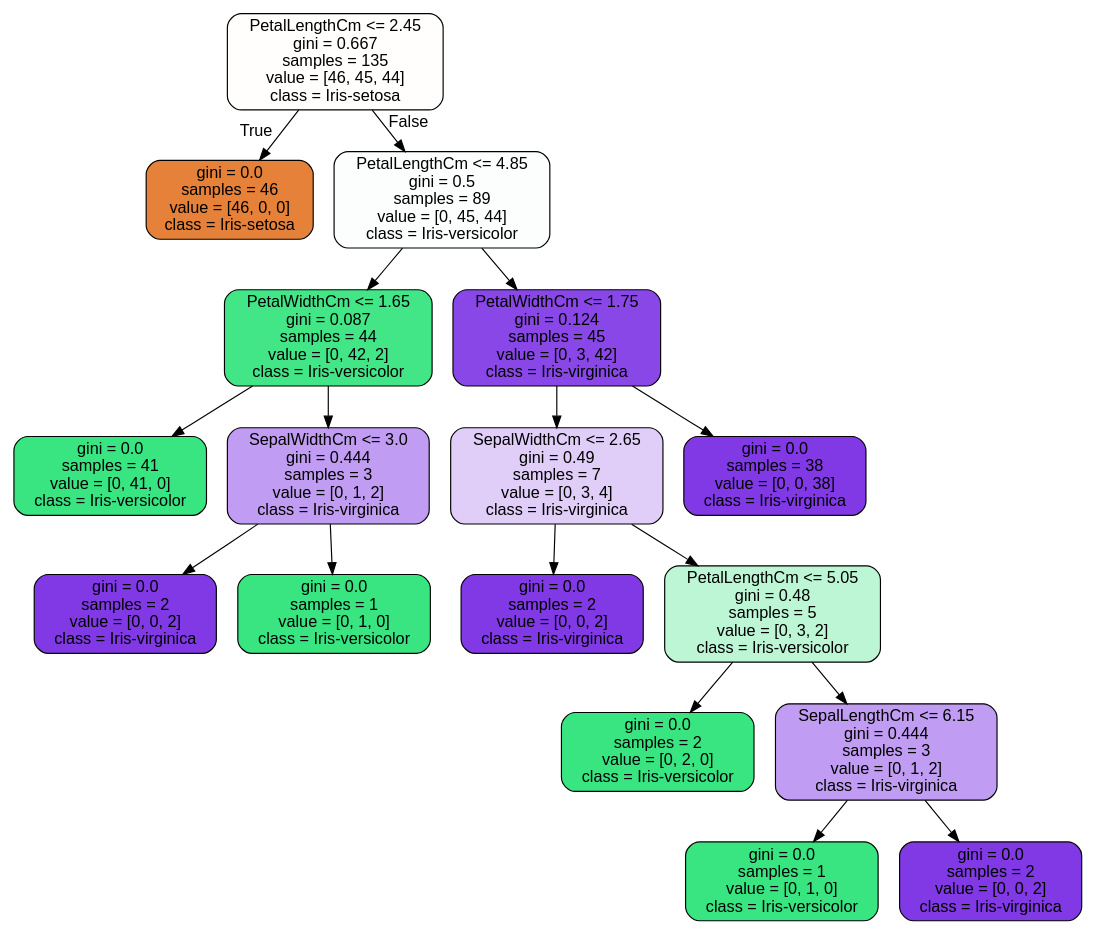
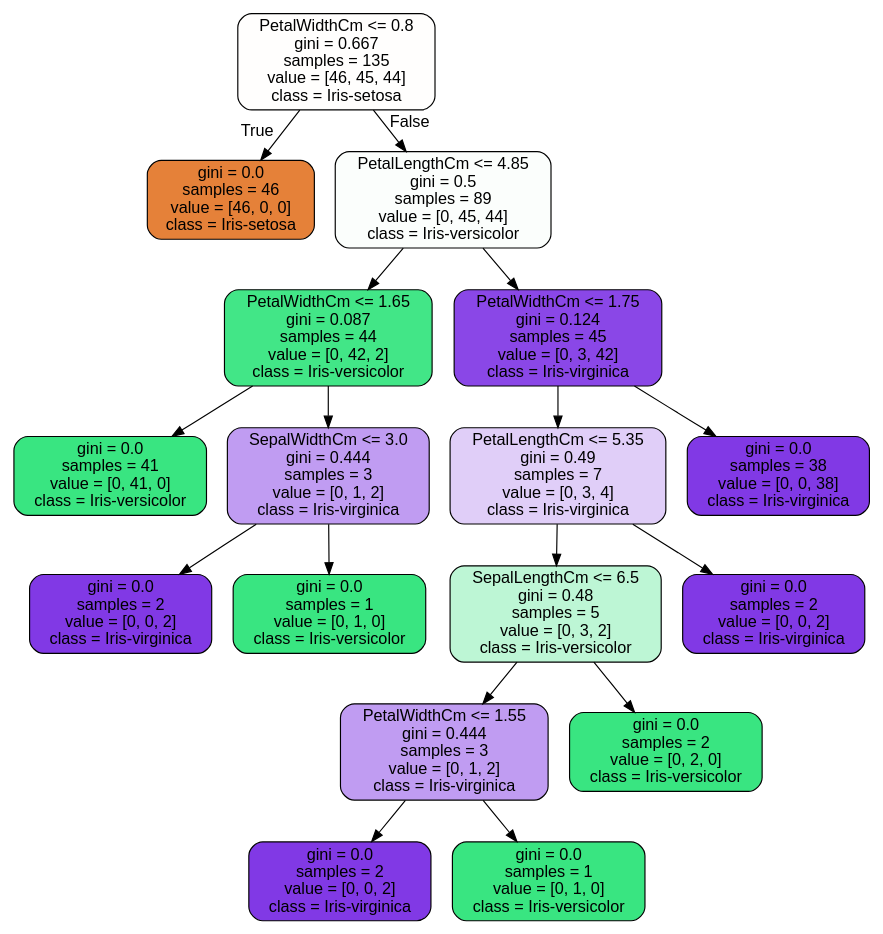
Before and after one commit to sakarimov/myblog: the diagram in mybook/World of Data/machine learning/cache/iristree.dot, drawn with Graphviz. The commit also changed 1 other file, not shown here.

```diff
--- a/mybook/World of Data/machine learning/cache/iristree.dot
+++ b/mybook/World of Data/machine learning/cache/iristree.dot
@@ -1,37 +1,37 @@
 digraph Tree {
 node [shape=box, style="filled, rounded", color="black", fontname="helvetica"] ;
 edge [fontname="helvetica"] ;
-0 [label="PetalLengthCm <= 2.45\ngini = 0.667\nsamples = 135\nvalue = [46, 45, 44]\nclass = Iris-setosa", fillcolor="#fffefd"] ;
+0 [label="PetalWidthCm <= 0.8\ngini = 0.667\nsamples = 135\nvalue = [46, 45, 44]\nclass = Iris-setosa", fillcolor="#fffefd"] ;
 1 [label="gini = 0.0\nsamples = 46\nvalue = [46, 0, 0]\nclass = Iris-setosa", fillcolor="#e58139"] ;
 0 -> 1 [labeldistance=2.5, labelangle=45, headlabel="True"] ;
 2 [label="PetalLengthCm <= 4.85\ngini = 0.5\nsamples = 89\nvalue = [0, 45, 44]\nclass = Iris-versicolor", fillcolor="#fbfefc"] ;
 0 -> 2 [labeldistance=2.5, labelangle=-45, headlabel="False"] ;
 3 [label="PetalWidthCm <= 1.65\ngini = 0.087\nsamples = 44\nvalue = [0, 42, 2]\nclass = Iris-versicolor", fillcolor="#42e687"] ;
 2 -> 3 ;
 4 [label="gini = 0.0\nsamples = 41\nvalue = [0, 41, 0]\nclass = Iris-versicolor", fillcolor="#39e581"] ;
 3 -> 4 ;
 5 [label="SepalWidthCm <= 3.0\ngini = 0.444\nsamples = 3\nvalue = [0, 1, 2]\nclass = Iris-virginica", fillcolor="#c09cf2"] ;
 3 -> 5 ;
 6 [label="gini = 0.0\nsamples = 2\nvalue = [0, 0, 2]\nclass = Iris-virginica", fillcolor="#8139e5"] ;
 5 -> 6 ;
 7 [label="gini = 0.0\nsamples = 1\nvalue = [0, 1, 0]\nclass = Iris-versicolor", fillcolor="#39e581"] ;
 5 -> 7 ;
 8 [label="PetalWidthCm <= 1.75\ngini = 0.124\nsamples = 45\nvalue = [0, 3, 42]\nclass = Iris-virginica", fillcolor="#8a47e7"] ;
 2 -> 8 ;
-9 [label="SepalWidthCm <= 2.65\ngini = 0.49\nsamples = 7\nvalue = [0, 3, 4]\nclass = Iris-virginica", fillcolor="#e0cef8"] ;
+9 [label="PetalLengthCm <= 5.35\ngini = 0.49\nsamples = 7\nvalue = [0, 3, 4]\nclass = Iris-virginica", fillcolor="#e0cef8"] ;
 8 -> 9 ;
-10 [label="gini = 0.0\nsamples = 2\nvalue = [0, 0, 2]\nclass = Iris-virginica", fillcolor="#8139e5"] ;
+10 [label="SepalLengthCm <= 6.5\ngini = 0.48\nsamples = 5\nvalue = [0, 3, 2]\nclass = Iris-versicolor", fillcolor="#bdf6d5"] ;
 9 -> 10 ;
-11 [label="PetalLengthCm <= 5.05\ngini = 0.48\nsamples = 5\nvalue = [0, 3, 2]\nclass = Iris-versicolor", fillcolor="#bdf6d5"] ;
-9 -> 11 ;
-12 [label="gini = 0.0\nsamples = 2\nvalue = [0, 2, 0]\nclass = Iris-versicolor", fillcolor="#39e581"] ;
+11 [label="PetalWidthCm <= 1.55\ngini = 0.444\nsamples = 3\nvalue = [0, 1, 2]\nclass = Iris-virginica", fillcolor="#c09cf2"] ;
+10 -> 11 ;
+12 [label="gini = 0.0\nsamples = 2\nvalue = [0, 0, 2]\nclass = Iris-virginica", fillcolor="#8139e5"] ;
 11 -> 12 ;
-13 [label="SepalLengthCm <= 6.15\ngini = 0.444\nsamples = 3\nvalue = [0, 1, 2]\nclass = Iris-virginica", fillcolor="#c09cf2"] ;
+13 [label="gini = 0.0\nsamples = 1\nvalue = [0, 1, 0]\nclass = Iris-versicolor", fillcolor="#39e581"] ;
 11 -> 13 ;
-14 [label="gini = 0.0\nsamples = 1\nvalue = [0, 1, 0]\nclass = Iris-versicolor", fillcolor="#39e581"] ;
-13 -> 14 ;
+14 [label="gini = 0.0\nsamples = 2\nvalue = [0, 2, 0]\nclass = Iris-versicolor", fillcolor="#39e581"] ;
+10 -> 14 ;
 15 [label="gini = 0.0\nsamples = 2\nvalue = [0, 0, 2]\nclass = Iris-virginica", fillcolor="#8139e5"] ;
-13 -> 15 ;
+9 -> 15 ;
 16 [label="gini = 0.0\nsamples = 38\nvalue = [0, 0, 38]\nclass = Iris-virginica", fillcolor="#8139e5"] ;
 8 -> 16 ;
 }
```
